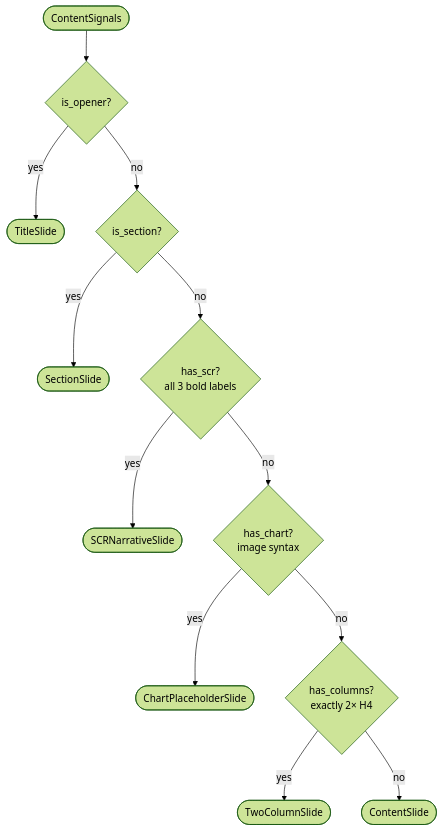
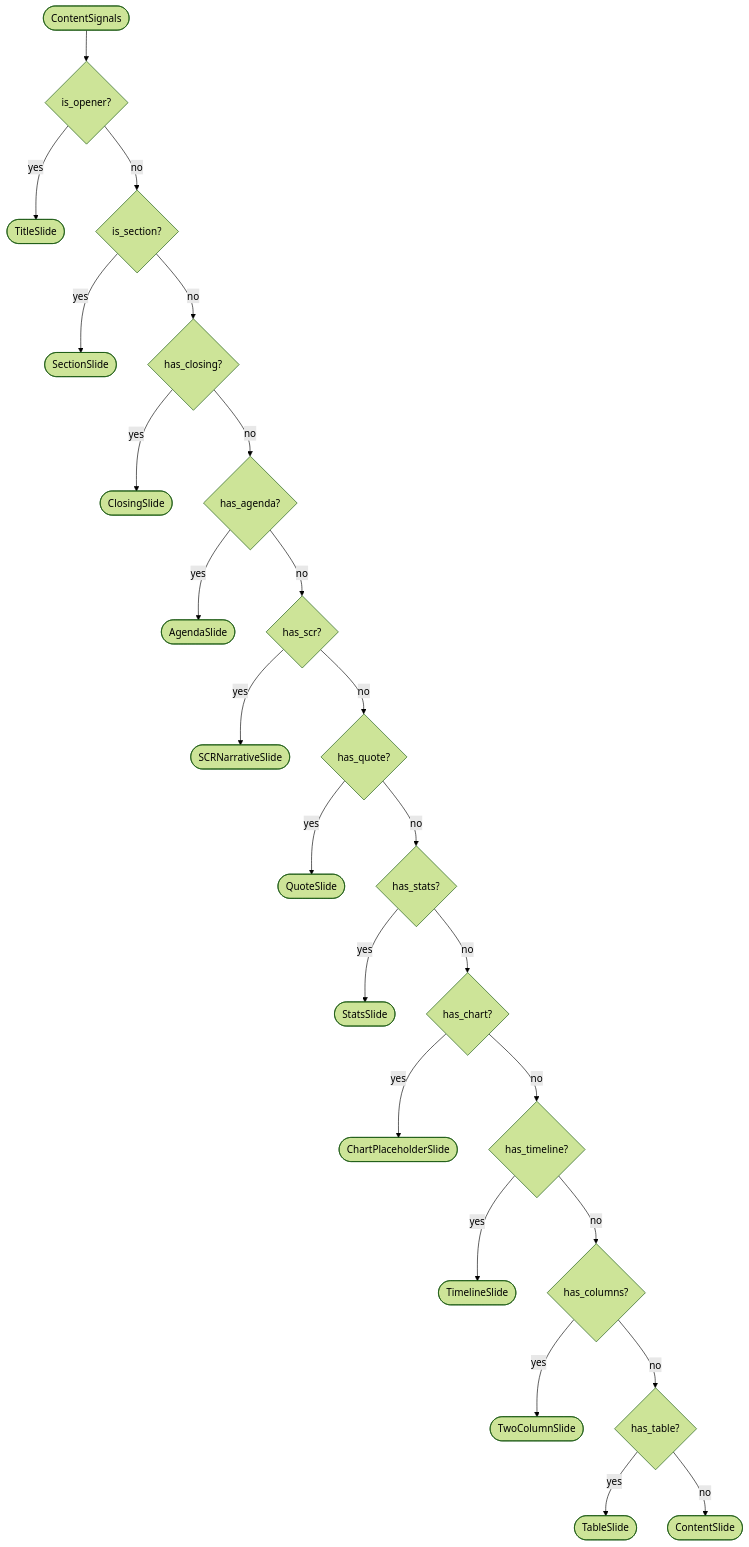
One commit to OrnlyP63/slide-deck changed the fifth of 5 diagrams in README.md. Above: the diagram before and after it, drawn with Mermaid (forest theme). The commit also changed other lines of this file, not shown here.

First line of the commit message:
Fix Mermaid charts: parse() simplified, FFT updated to 12 cues

````diff
--- a/README.md
+++ b/README.md
@@ -139,14 +135,26 @@
 ```mermaid
 flowchart TD
     A(["ContentSignals"]) --> B{"is_opener?"}
     B -->|"yes"| C(["TitleSlide"])
     B -->|"no"| D{"is_section?"}
     D -->|"yes"| E(["SectionSlide"])
-    D -->|"no"| F{"has_scr?\nall 3 bold labels"}
-    F -->|"yes"| G(["SCRNarrativeSlide"])
-    F -->|"no"| H{"has_chart?\nimage syntax"}
-    H -->|"yes"| I(["ChartPlaceholderSlide"])
-    H -->|"no"| J{"has_columns?\nexactly 2× H4"}
-    J -->|"yes"| K(["TwoColumnSlide"])
-    J -->|"no"| L(["ContentSlide"])
+    D -->|"no"| F{"has_closing?"}
+    F -->|"yes"| G(["ClosingSlide"])
+    F -->|"no"| H{"has_agenda?"}
+    H -->|"yes"| I(["AgendaSlide"])
+    H -->|"no"| J{"has_scr?"}
+    J -->|"yes"| K(["SCRNarrativeSlide"])
+    J -->|"no"| L{"has_quote?"}
+    L -->|"yes"| M(["QuoteSlide"])
+    L -->|"no"| N{"has_stats?"}
+    N -->|"yes"| O(["StatsSlide"])
+    N -->|"no"| P{"has_chart?"}
+    P -->|"yes"| Q(["ChartPlaceholderSlide"])
+    P -->|"no"| R{"has_timeline?"}
+    R -->|"yes"| S(["TimelineSlide"])
+    R -->|"no"| T{"has_columns?"}
+    T -->|"yes"| U(["TwoColumnSlide"])
+    T -->|"no"| V{"has_table?"}
+    V -->|"yes"| W(["TableSlide"])
+    V -->|"no"| X(["ContentSlide"])
 ```
````
